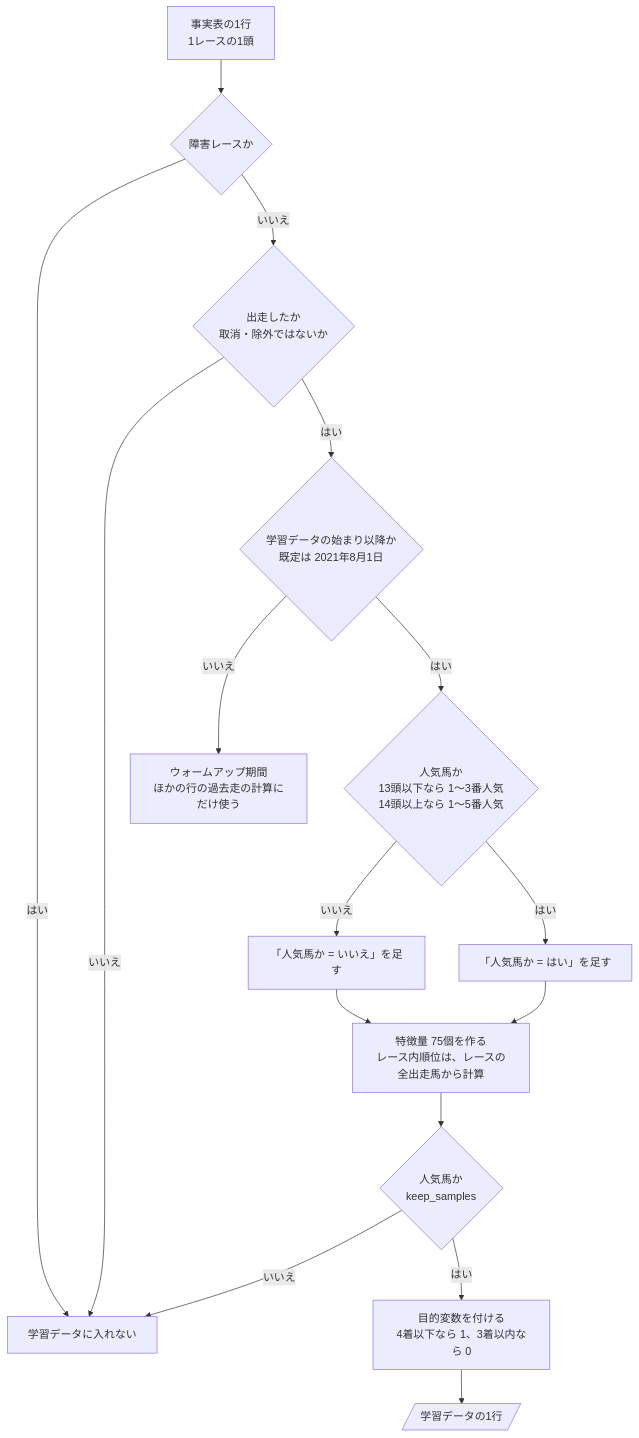
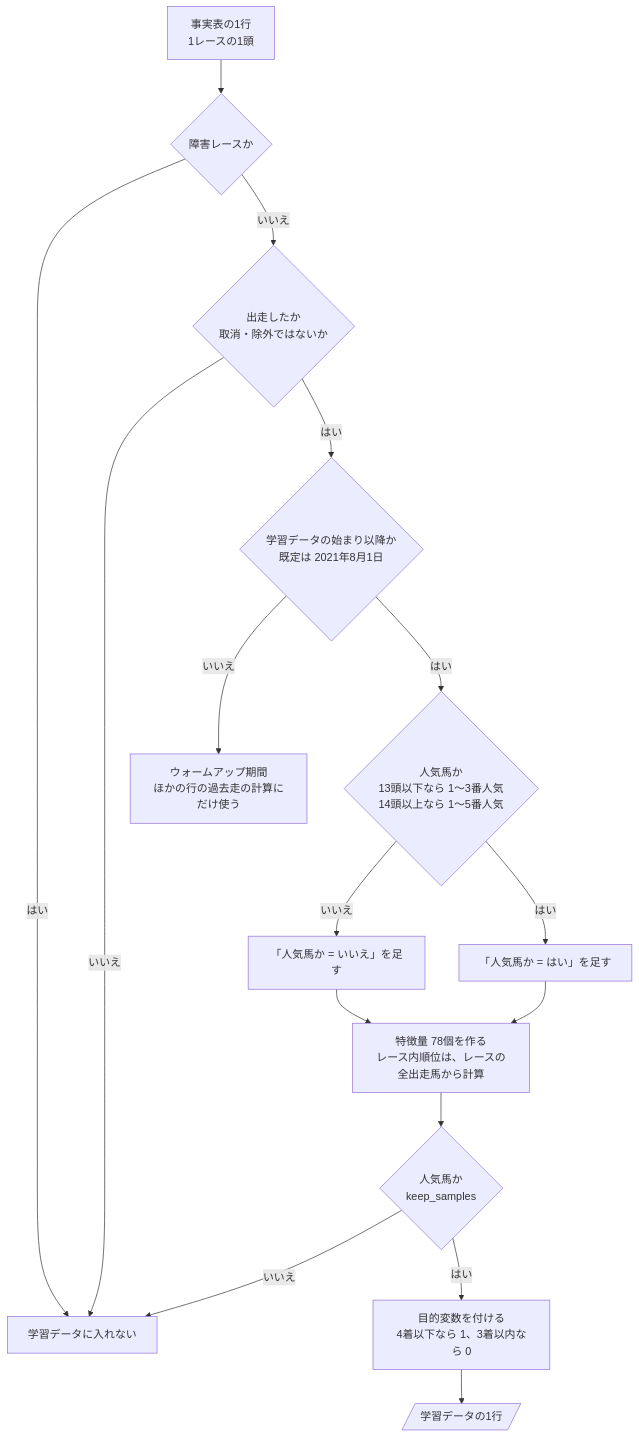
Before and after one commit to ht-0328/keiba-yosou: the first of 2 diagrams in docs/design/人気馬が4着以下になるかを予想/06-flowchart.md, drawn with Mermaid. The commit also changed other lines of this file and 24 other files, not shown here.

````diff
--- a/docs/design/人気馬が4着以下になるかを予想/06-flowchart.md
+++ b/docs/design/人気馬が4着以下になるかを予想/06-flowchart.md
@@ -16,18 +16,18 @@
 ```mermaid
 flowchart TD
     S["事実表の1行<br>1レースの1頭"] --> Q1{"障害レースか"}
     Q1 -->|はい| X["学習データに入れない"]
     Q1 -->|いいえ| Q2{"出走したか<br>取消・除外ではないか"}
     Q2 -->|いいえ| X
     Q2 -->|はい| Q3{"学習データの始まり以降か<br>既定は 2021年8月1日"}
     Q3 -->|いいえ| WU["ウォームアップ期間<br>ほかの行の過去走の計算にだけ使う"]
     Q3 -->|はい| Q4{"人気馬か<br>13頭以下なら 1〜3番人気<br>14頭以上なら 1〜5番人気"}
     Q4 -->|いいえ| N["「人気馬か = いいえ」を足す"]
     Q4 -->|はい| Y["「人気馬か = はい」を足す"]
-    N --> F["特徴量 75個を作る<br>レース内順位は、レースの全出走馬から計算"]
+    N --> F["特徴量 78個を作る<br>レース内順位は、レースの全出走馬から計算"]
     Y --> F
     F --> Q5{"人気馬か<br>keep_samples"}
     Q5 -->|いいえ| X
     Q5 -->|はい| T["目的変数を付ける<br>4着以下なら 1、3着以内なら 0"]
     T --> R[/"学習データの1行"/]
 ```
````
